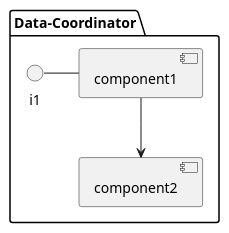
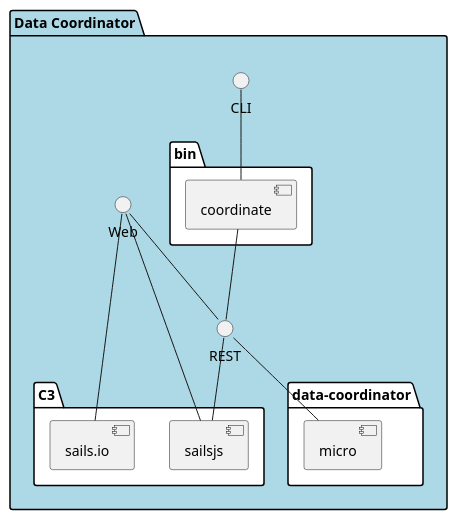
The diagram in docs/Solution/Data-Coordinator/Physical.puml (CAADE/C3), drawn with PlantUML before and after one commit. The commit also changed other lines of this file and 158 other files, not shown here.

```diff
--- a/docs/Solution/Data-Coordinator/Physical.puml
+++ b/docs/Solution/Data-Coordinator/Physical.puml
@@ -1,11 +1,27 @@
 @startuml
 
-package "Data-Coordinator" {
-component component1
-component component2
-interface i1
+package "Data Coordinator" #lightblue {
+    interface CLI
+    interface Web
+    interface REST
+    folder C3 #ffffff {
+        component sailsjs
+        component sails.io
+    }
+    folder bin #ffffff {
+      component coordinate
+    }
+    folder "data-coordinator" #ffffff {
+        component micro as dcmicro
+    }
+}
+CLI -- coordinate
+coordinate -- REST
+Web -- sailsjs
+Web -- REST
+REST -- sailsjs
 
-}
-i1 - component1
-component1 --> component2
+Web -- sails.io
+REST -- dcmicro
+
 @enduml
```
